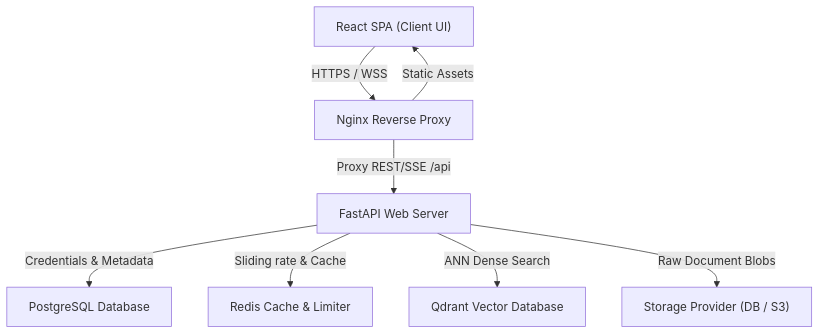
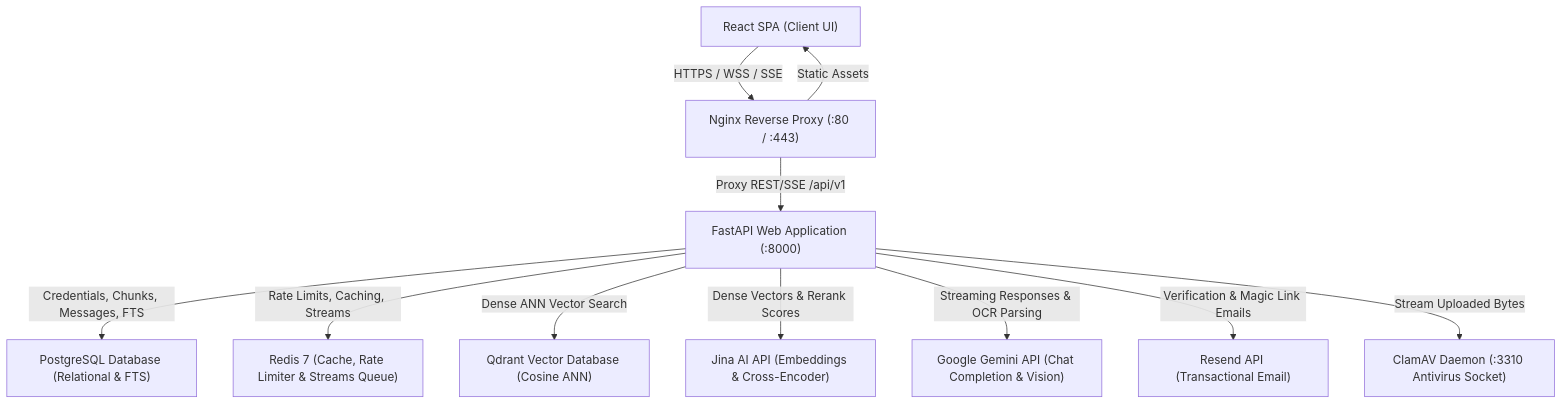
Before and after one commit to Satya-Naraharisetty/FusionRAG: the first of 4 diagrams in reverse_engineering.md, drawn with Mermaid. The commit also changed other lines of this file and 6 other files, not shown here.

````diff
--- a/reverse_engineering.md
+++ b/reverse_engineering.md
@@ -13,18 +13,24 @@
 ```mermaid
 graph TD
     Browser["React SPA (Client UI)"]
-    Nginx["Nginx Reverse Proxy"]
-    FastAPI["FastAPI Web Server"]
-    Postgres["PostgreSQL Database"]
-    Redis["Redis Cache & Limiter"]
-    Qdrant["Qdrant Vector Database"]
-    Storage["Storage Provider (DB / S3)"]
+    Nginx["Nginx Reverse Proxy (:80 / :443)"]
+    FastAPI["FastAPI Web Application (:8000)"]
+    Postgres["PostgreSQL Database (Relational & FTS)"]
+    Redis["Redis 7 (Cache, Rate Limiter & Streams Queue)"]
+    Qdrant["Qdrant Vector Database (Cosine ANN)"]
+    Jina["Jina AI API (Embeddings & Cross-Encoder)"]
+    Gemini["Google Gemini API (Chat Completion & Vision)"]
+    Resend["Resend API (Transactional Email)"]
+    ClamAV["ClamAV Daemon (:3310 Antivirus Socket)"]
 
-    Browser -->|HTTPS / WSS| Nginx
+    Browser -->|HTTPS / WSS / SSE| Nginx
     Nginx -->|Static Assets| Browser
-    Nginx -->|Proxy REST/SSE /api| FastAPI
-    FastAPI -->|Credentials & Metadata| Postgres
-    FastAPI -->|Sliding rate & Cache| Redis
-    FastAPI -->|ANN Dense Search| Qdrant
-    FastAPI -->|Raw Document Blobs| Storage
+    Nginx -->|Proxy REST/SSE /api/v1| FastAPI
+    FastAPI -->|Credentials, Chunks, Messages, FTS| Postgres
+    FastAPI -->|Rate Limits, Caching, Streams| Redis
+    FastAPI -->|Dense ANN Vector Search| Qdrant
+    FastAPI -->|Dense Vectors & Rerank Scores| Jina
+    FastAPI -->|Streaming Responses & OCR Parsing| Gemini
+    FastAPI -->|Verification & Magic Link Emails| Resend
+    FastAPI -->|Stream Uploaded Bytes| ClamAV
 ```
````
